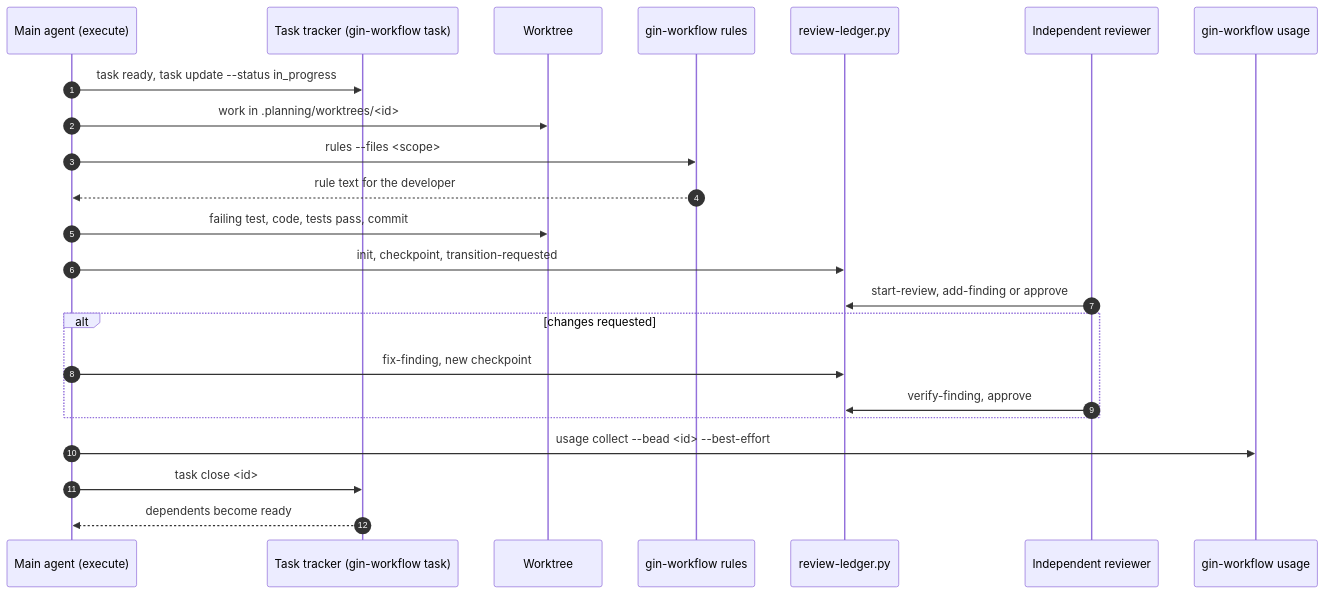
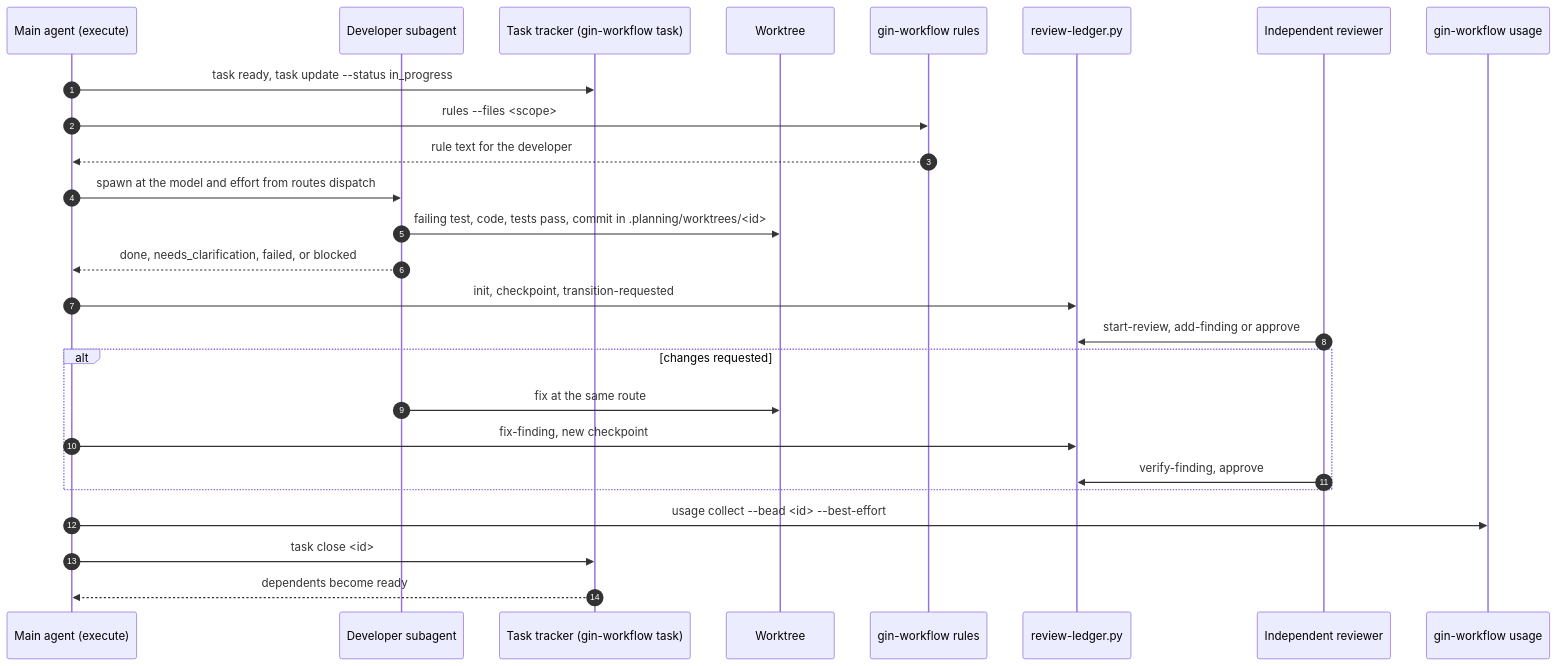
Before and after one commit to giangdhwhtbr/gin-workflow: the third of 6 diagrams in docs/concepts/architecture.md, drawn with Mermaid. The commit also changed other lines of this file and 10 other files, not shown here.

Commit message:
docs: model catalog, route dispatch, and schema 2.9

````diff
--- a/docs/concepts/architecture.md
+++ b/docs/concepts/architecture.md
@@ -80,25 +80,28 @@
 ```mermaid
 sequenceDiagram
     autonumber
     participant A as Main agent (execute)
+    participant D as Developer subagent
     participant B as Task tracker (gin-workflow task)
     participant W as Worktree
     participant R as gin-workflow rules
     participant L as review-ledger.py
     participant V as Independent reviewer
     participant U as gin-workflow usage
     A->>B: task ready, task update --status in_progress
-    A->>W: work in .planning/worktrees/<id>
     A->>R: rules --files <scope>
     R-->>A: rule text for the developer
-    A->>W: failing test, code, tests pass, commit
+    A->>D: spawn at the model and effort from routes dispatch
+    D->>W: failing test, code, tests pass, commit in .planning/worktrees/<id>
+    D-->>A: done, needs_clarification, failed, or blocked
     A->>L: init, checkpoint, transition-requested
     V->>L: start-review, add-finding or approve
     alt changes requested
+        D->>W: fix at the same route
         A->>L: fix-finding, new checkpoint
         V->>L: verify-finding, approve
     end
     A->>U: usage collect --bead <id> --best-effort
     A->>B: task close <id>
     B-->>A: dependents become ready
 ```
````
